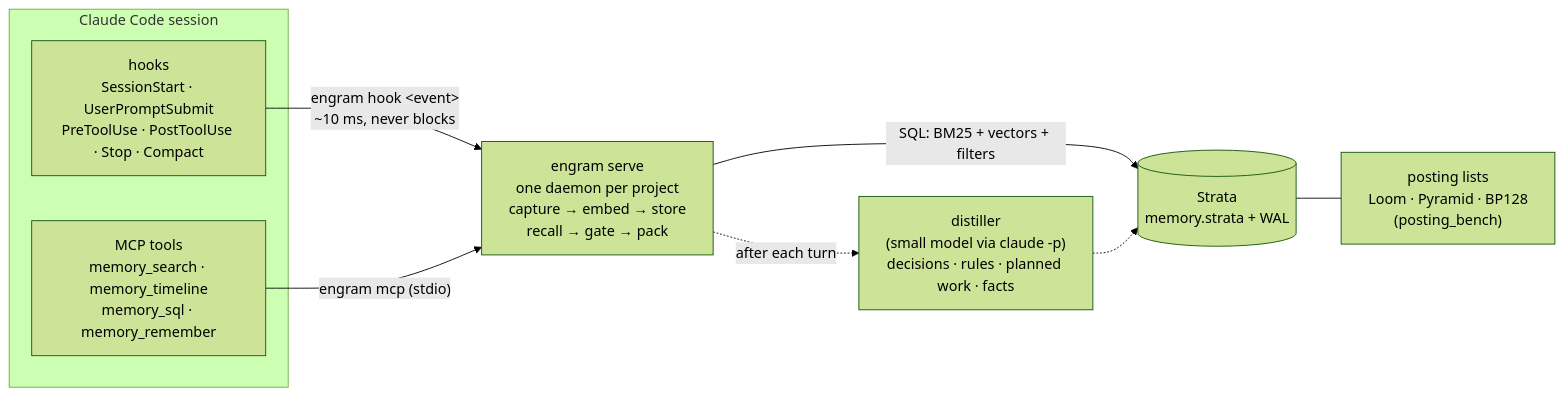
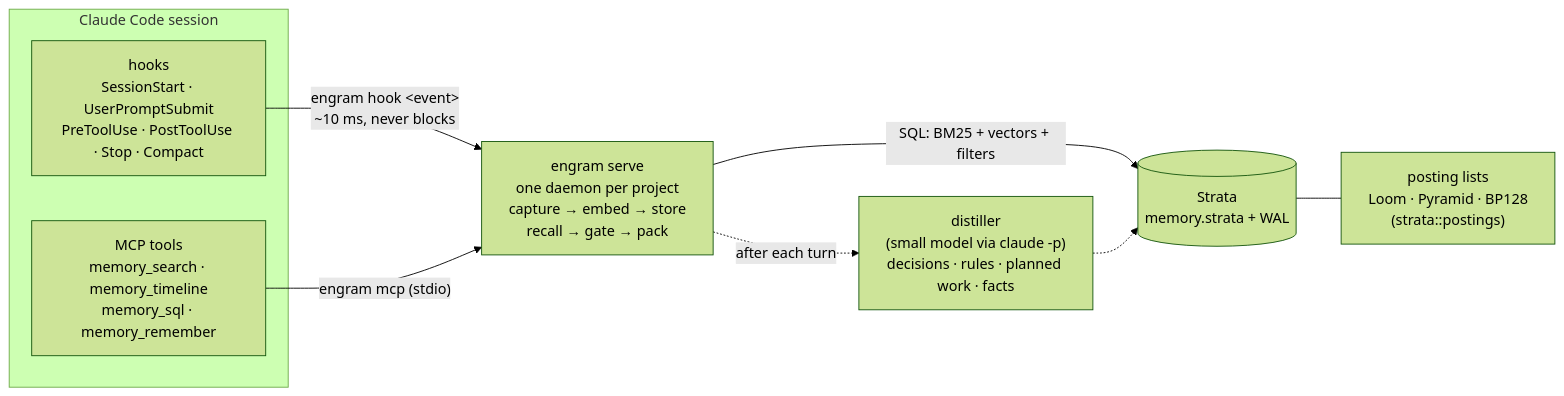
One commit to chloetech-ai/strata changed the diagram in README.md. Above: the diagram before and after it, drawn with Mermaid (forest theme). The commit also changed other lines of this file and 196 other files, not shown here.

First line of the commit message:
Move posting_bench into Strata as the postings module

````diff
--- a/README.md
+++ b/README.md
@@ -34,14 +34,14 @@
 ```mermaid
 flowchart LR
     subgraph CC["Claude Code session"]
         HK["hooks<br/>SessionStart · UserPromptSubmit<br/>PreToolUse · PostToolUse · Stop · Compact"]
         MCP["MCP tools<br/>memory_search · memory_timeline<br/>memory_sql · memory_remember"]
     end
     HK -- "engram hook &lt;event&gt;<br/>~10 ms, never blocks" --> D
     MCP -- "engram mcp (stdio)" --> D
     D["engram serve<br/>one daemon per project<br/>capture → embed → store<br/>recall → gate → pack"]
     D -- "SQL: BM25 + vectors + filters" --> S[("Strata<br/>memory.strata + WAL")]
     D -. "after each turn" .-> DL["distiller<br/>(small model via claude -p)<br/>decisions · rules · planned work · facts"]
     DL -.-> S
-    S --- PB["posting lists<br/>Loom · Pyramid · BP128<br/>(posting_bench)"]
+    S --- PB["posting lists<br/>Loom · Pyramid · BP128<br/>(strata::postings)"]
 ```
````
